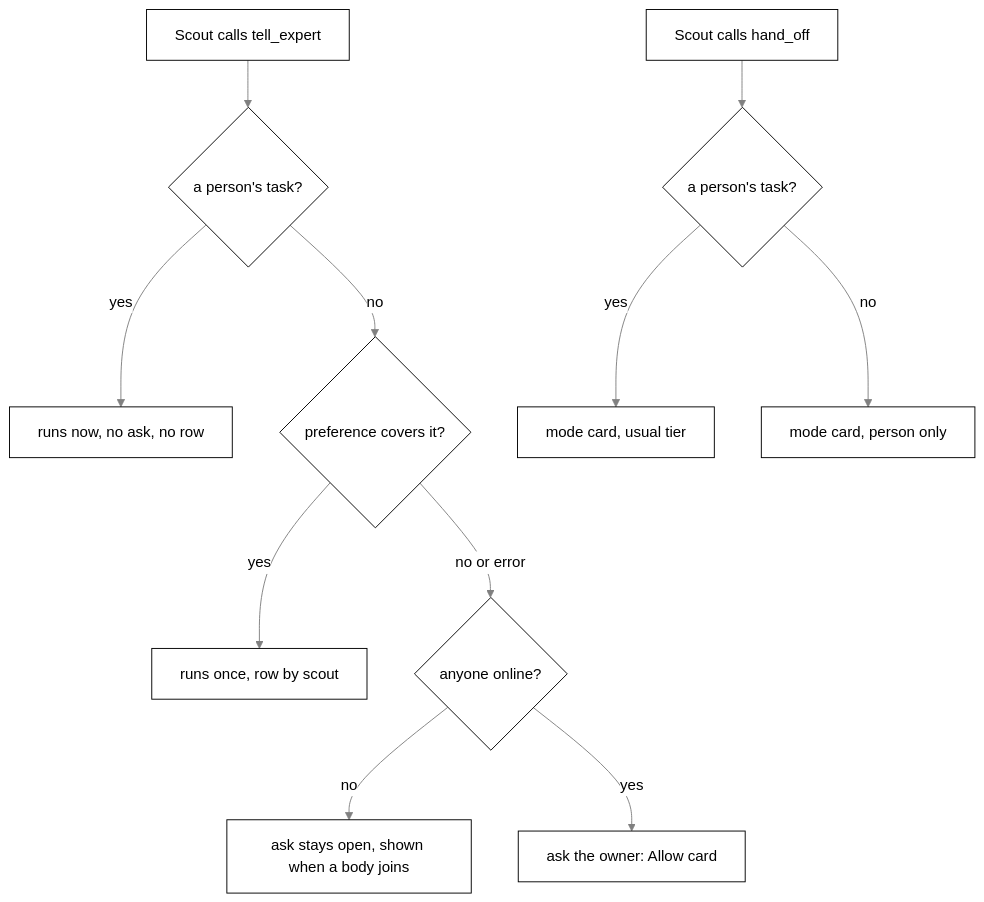
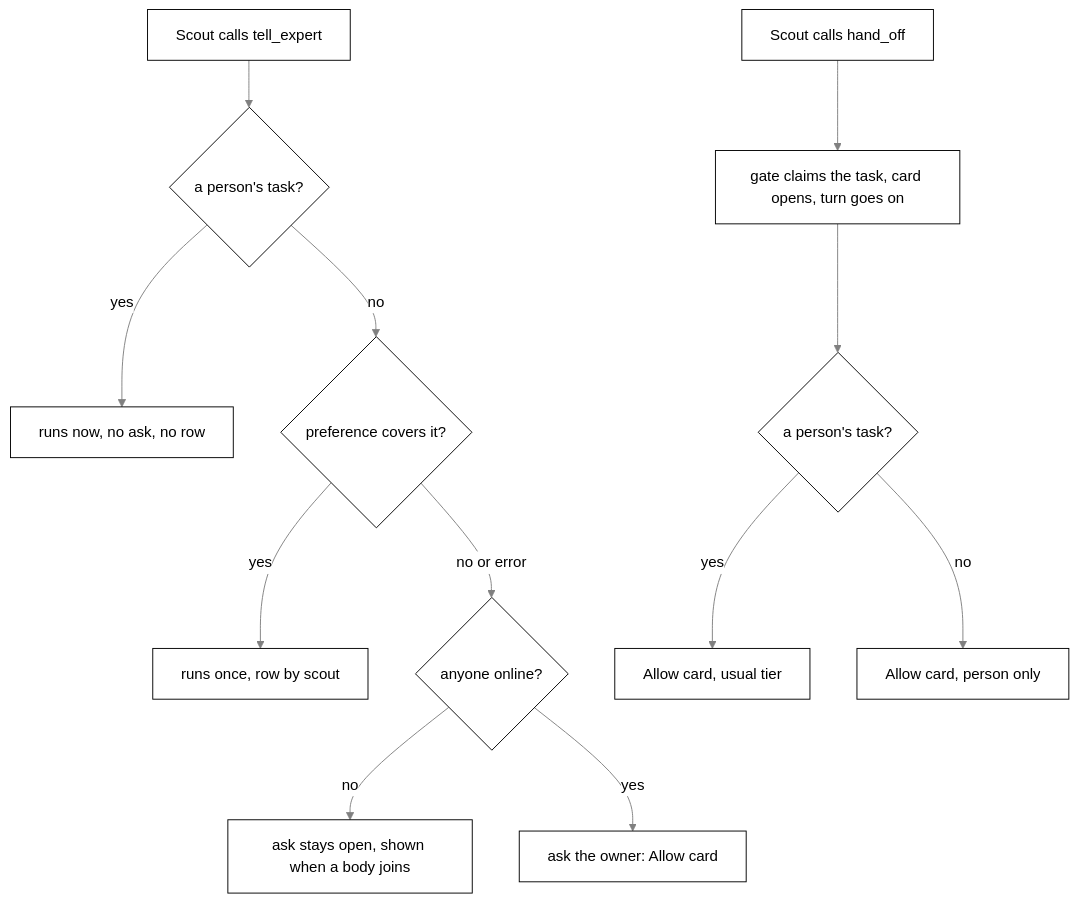
One commit to nadeem4/tagalong changed the fifth of 15 diagrams in docs/brain.md. Above: the diagram before and after it, drawn with Mermaid. The commit also changed other lines of this file and 42 other files, not shown here.

First line of the commit message:
feat(contract): hand-off is a card and answers carry check-back (T2c) (#418)

````diff
--- a/docs/brain.md
+++ b/docs/brain.md
@@ -675,14 +683,15 @@
 ```mermaid
 %%{init: {"theme": "base", "themeVariables": {"primaryColor": "#ffffff", "primaryTextColor": "#000000", "primaryBorderColor": "#000000", "lineColor": "#808080", "arrowheadColor": "#808080", "secondaryColor": "#f2f2f2", "tertiaryColor": "#ffffff", "clusterBkg": "#f7f7f7", "clusterBorder": "#808080", "edgeLabelBackground": "#ffffff", "titleColor": "#808080", "actorBkg": "#ffffff", "actorBorder": "#000000", "actorTextColor": "#000000", "actorLineColor": "#808080", "signalColor": "#808080", "signalTextColor": "#808080", "sequenceNumberColor": "#ffffff", "labelBoxBkgColor": "#ffffff", "labelBoxBorderColor": "#808080", "labelTextColor": "#000000", "loopTextColor": "#808080", "noteBkgColor": "#f7f7f7", "noteBorderColor": "#808080", "noteTextColor": "#000000", "activationBkgColor": "#f7f7f7", "activationBorderColor": "#808080", "fontFamily": "Segoe UI, Helvetica, Arial, sans-serif"}}}%%
 flowchart TD
   A[Scout calls tell_expert] --> B{a person's task?}
   B -- yes --> C[runs now, no ask, no row]
   B -- no --> F{preference covers it?}
   F -- yes --> G[runs once, row by scout]
   F -- no or error --> D{anyone online?}
   D -- no --> E[ask stays open, shown when a body joins]
   D -- yes --> H[ask the owner: Allow card]
-  X[Scout calls hand_off] --> Y{a person's task?}
-  Y -- yes --> Z[mode card, usual tier]
-  Y -- no --> R[mode card, person only]
+  X[Scout calls hand_off] --> W[gate claims the task, card opens, turn goes on]
+  W --> Y{a person's task?}
+  Y -- yes --> Z[Allow card, usual tier]
+  Y -- no --> R[Allow card, person only]
 ```
````
